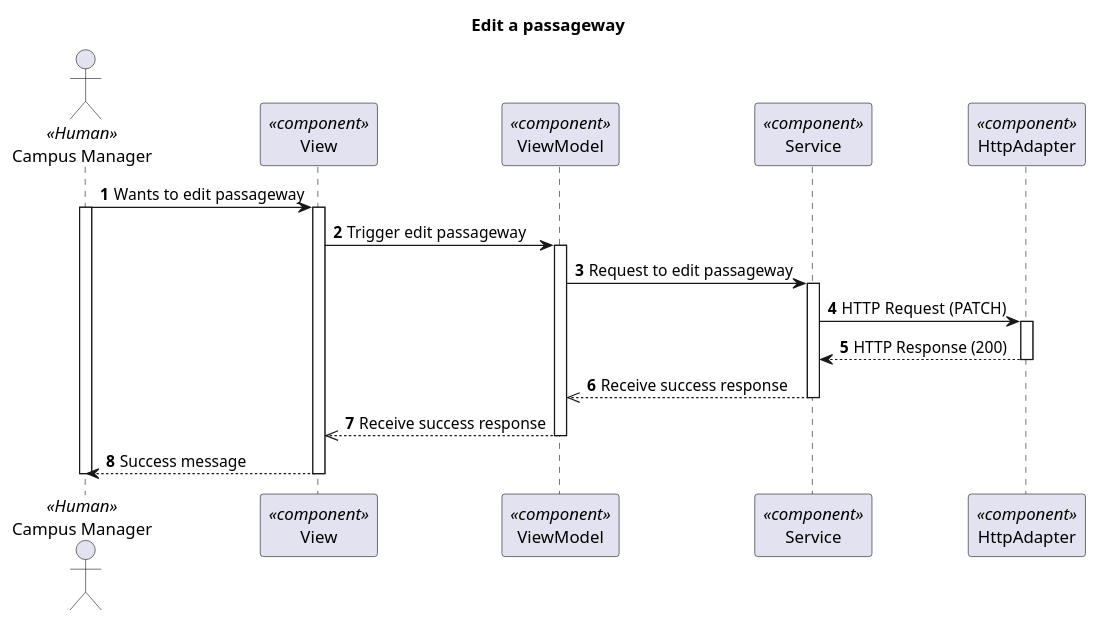
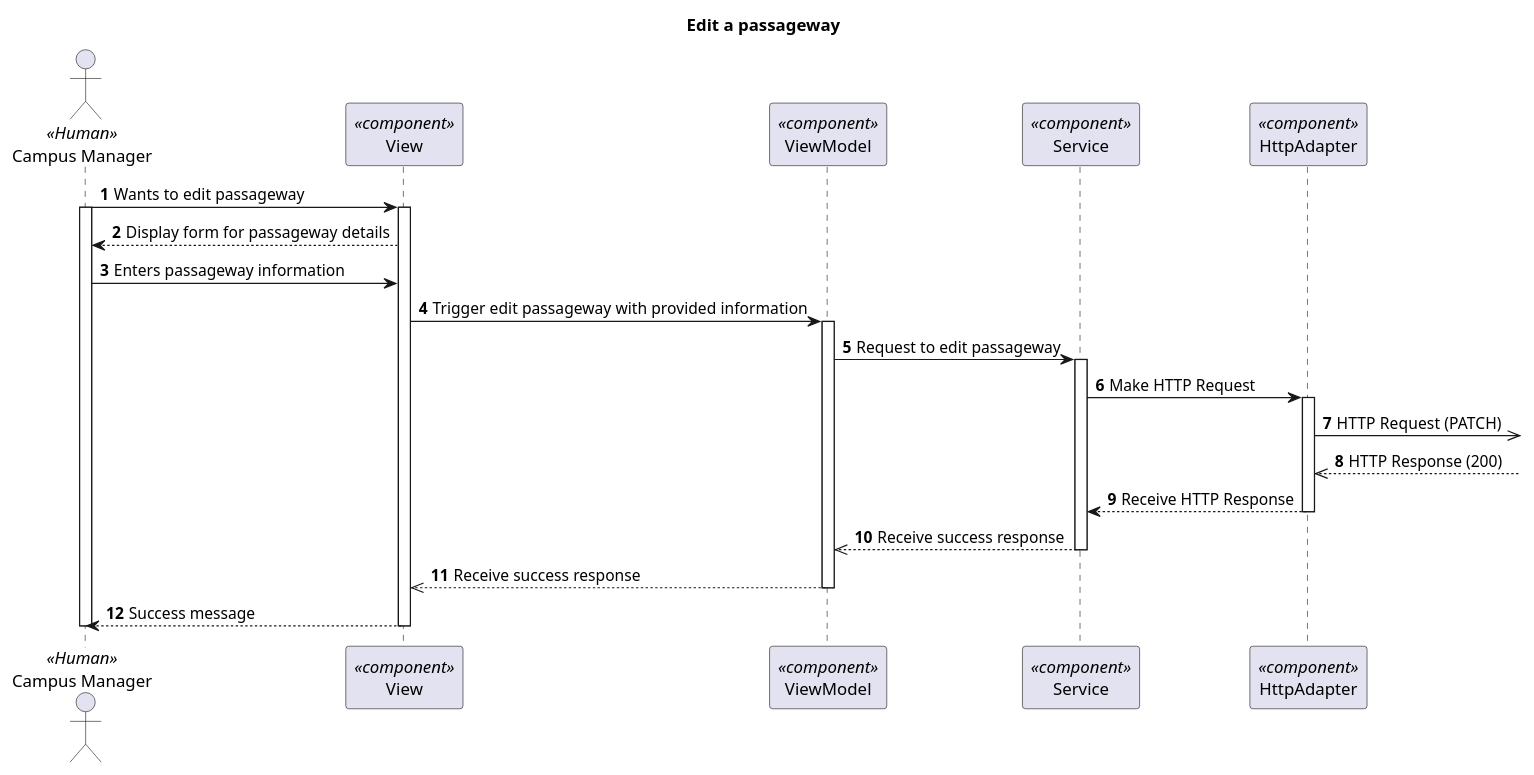
One commit to 1210910/lapr5 changed the diagram in docs/VistaProcesso/US250(1180)/Visualization/ProcessView_Level3_US1180.puml. Above: the diagram before and after it, drawn with PlantUML. The commit also changed 42 other files, not shown here.

```diff
--- a/docs/VistaProcesso/US250(1180)/Visualization/ProcessView_Level3_US1180.puml
+++ b/docs/VistaProcesso/US250(1180)/Visualization/ProcessView_Level3_US1180.puml
@@ -1,38 +1,43 @@
 @startuml Process View - Level 3 - Edit a passageway
 
 autonumber
 skinparam packageStyle rect
 
 title Edit a passageway
 
 actor "Campus Manager" as CM <<Human>>
 participant "View" as view <<component>>
 participant "ViewModel" as viewModel <<component>>
 participant "Service" as service <<component>>
 participant "HttpAdapter" as httpAdapter <<component>>
 
 CM -> view : Wants to edit passageway
 activate CM
 activate view
-view -> viewModel : Trigger edit passageway
+view --> CM : Display form for passageway details
+CM -> view : Enters passageway information
+
+view -> viewModel : Trigger edit passageway with provided information
 
 activate viewModel
 viewModel -> service : Request to edit passageway
 
 activate service
-service -> httpAdapter : HTTP Request (PATCH)
+service -> httpAdapter : Make HTTP Request
 activate httpAdapter
-httpAdapter --> service : HTTP Response (200)
+httpAdapter ->> : HTTP Request (PATCH)
+httpAdapter <<-- : HTTP Response (200)
+httpAdapter --> service : Receive HTTP Response
 deactivate httpAdapter
 
 service -->> viewModel : Receive success response
 deactivate service
 
 viewModel -->> view : Receive success response
 deactivate viewModel
 
 view --> CM : Success message
 deactivate view
 
 deactivate CM
 @enduml
```
